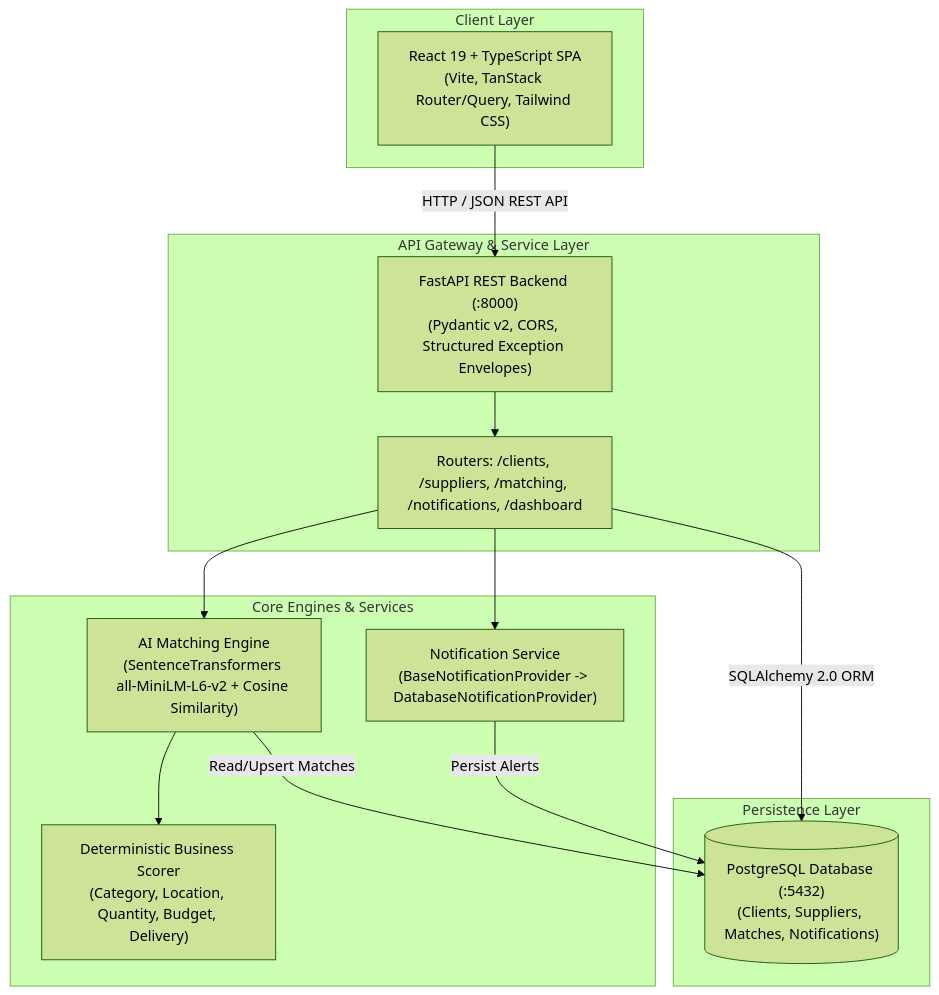
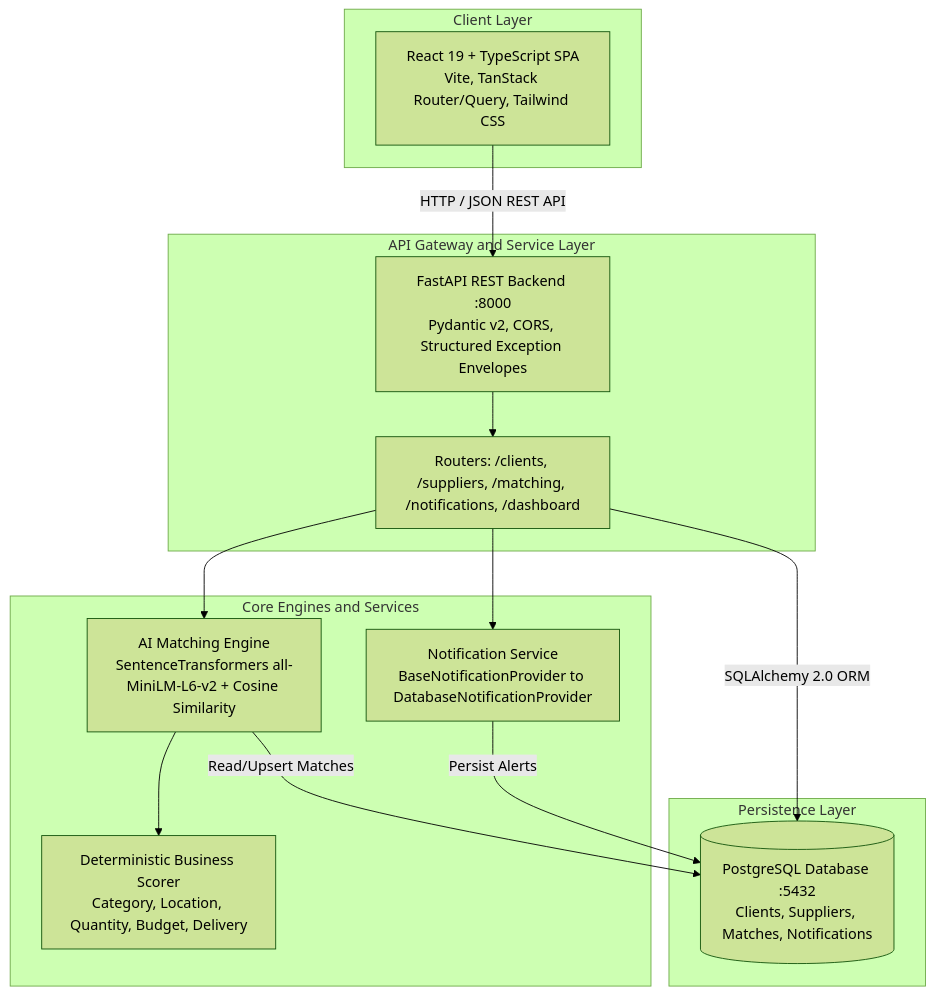
The diagram in DOCUMENTATION.md (SaniyaGharat/wisdom), drawn with Mermaid (forest theme) before and after one commit. The commit also changed other lines of this file, not shown here.

Commit message:
docs: reconcile API routes, frontend port, seed count, and mermaid syntax

````diff
--- a/DOCUMENTATION.md
+++ b/DOCUMENTATION.md
@@ -15,30 +15,30 @@
 ```mermaid
 graph TD
     subgraph Client Layer
-        UI["React 19 + TypeScript SPA<br/>(Vite, TanStack Router/Query, Tailwind CSS)"]
+        UI["React 19 + TypeScript SPA<br/>Vite, TanStack Router/Query, Tailwind CSS"]
     end
 
-    subgraph API Gateway & Service Layer
-        API["FastAPI REST Backend (:8000)<br/>(Pydantic v2, CORS, Structured Exception Envelopes)"]
+    subgraph API Gateway and Service Layer
+        API["FastAPI REST Backend :8000<br/>Pydantic v2, CORS, Structured Exception Envelopes"]
         Router["Routers: /clients, /suppliers, /matching, /notifications, /dashboard"]
     end
 
-    subgraph Core Engines & Services
-        Engine["AI Matching Engine<br/>(SentenceTransformers all-MiniLM-L6-v2 + Cosine Similarity)"]
-        Scorer["Deterministic Business Scorer<br/>(Category, Location, Quantity, Budget, Delivery)"]
-        NotifService["Notification Service<br/>(BaseNotificationProvider -> DatabaseNotificationProvider)"]
+    subgraph Core Engines and Services
+        Engine["AI Matching Engine<br/>SentenceTransformers all-MiniLM-L6-v2 + Cosine Similarity"]
+        Scorer["Deterministic Business Scorer<br/>Category, Location, Quantity, Budget, Delivery"]
+        NotifService["Notification Service<br/>BaseNotificationProvider to DatabaseNotificationProvider"]
     end
 
     subgraph Persistence Layer
-        DB[("PostgreSQL Database (:5432)<br/>(Clients, Suppliers, Matches, Notifications)")]
+        DB[("PostgreSQL Database :5432<br/>Clients, Suppliers, Matches, Notifications")]
     end
 
     UI -->|"HTTP / JSON REST API"| API
     API --> Router
     Router --> Engine
     Router --> NotifService
     Engine --> Scorer
     Router -->|"SQLAlchemy 2.0 ORM"| DB
     Engine -->|"Read/Upsert Matches"| DB
     NotifService -->|"Persist Alerts"| DB
 ```
````
